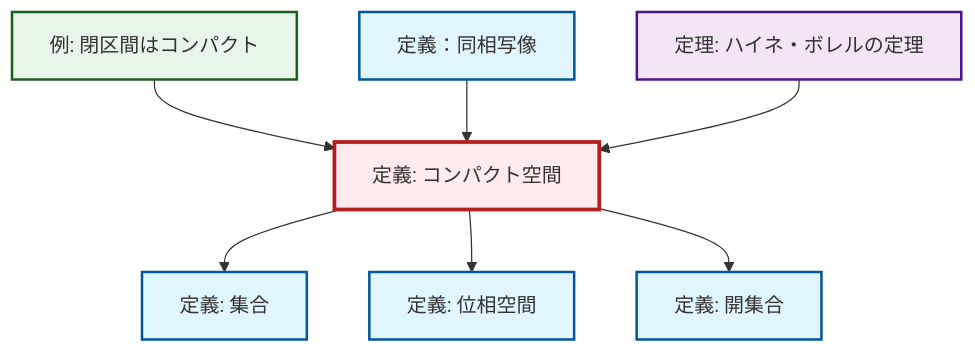
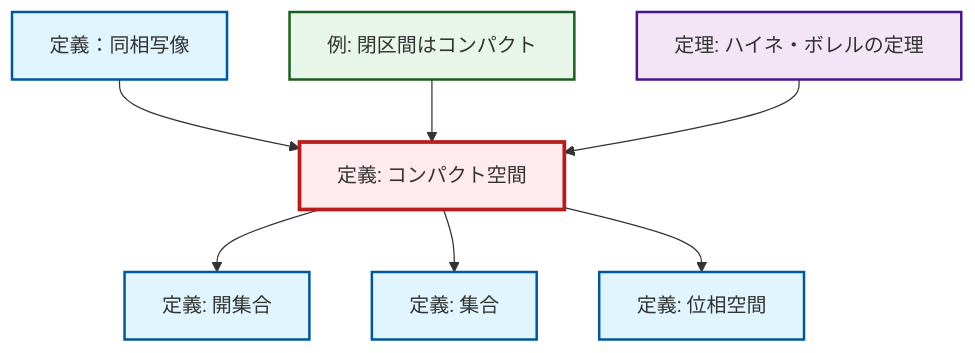
The diagram in content/ja/topology/def-compact.qmd (RK0429/ModernMath), drawn with Mermaid before and after one commit. The commit also changed 672 other files, not shown here.

````diff
--- a/content/ja/topology/def-compact.qmd
+++ b/content/ja/topology/def-compact.qmd
@@ -49,29 +49,29 @@
 ```{mermaid}
-%%| fig-cap: "Local dependency graph"
+%%| fig-cap: "ローカル依存関係グラフ"
 graph TD
     classDef definition fill:#e1f5fe,stroke:#01579b,stroke-width:2px
     classDef theorem fill:#f3e5f5,stroke:#4a148c,stroke-width:2px
     classDef axiom fill:#fff3e0,stroke:#e65100,stroke-width:2px
     classDef example fill:#e8f5e9,stroke:#1b5e20,stroke-width:2px
     classDef current fill:#ffebee,stroke:#b71c1c,stroke-width:3px
+    def-set["定義: 集合"]:::definition
+    def-topological-space["定義: 位相空間"]:::definition
+    def-compact["定義: コンパクト空間"]:::definition
+    def-homeomorphism["定義：同相写像"]:::definition
+    ex-closed-interval-compact["例: 閉区間はコンパクト"]:::example
+    thm-heine-borel["定理: ハイネ・ボレルの定理"]:::theorem
     def-open-set["定義: 開集合"]:::definition
-    def-set["定義: 集合"]:::definition
-    def-homeomorphism["定義：同相写像"]:::definition
-    def-compact["定義: コンパクト空間"]:::definition
-    def-topological-space["定義: 位相空間"]:::definition
-    thm-heine-borel["定理: ハイネ・ボレルの定理"]:::theorem
-    ex-closed-interval-compact["例: 閉区間はコンパクト"]:::example
+    def-compact --> def-open-set
     def-compact --> def-set
+    def-homeomorphism --> def-compact
     ex-closed-interval-compact --> def-compact
-    def-homeomorphism --> def-compact
+    def-compact --> def-topological-space
     thm-heine-borel --> def-compact
-    def-compact --> def-topological-space
-    def-compact --> def-open-set
     class def-compact current
+    click def-set "def-set.html" "集合の定義へ"
+    click def-topological-space "def-topological-space.html" "位相空間の定義へ"
+    click def-homeomorphism "def-homeomorphism.html" "定義：同相写像へ"
+    click ex-closed-interval-compact "ex-closed-interval-compact.html" "閉区間はコンパクトの例へ"
+    click thm-heine-borel "thm-heine-borel.html" "ハイネ・ボレルの定理の定理へ"
     click def-open-set "def-open-set.html" "開集合の定義へ"
-    click def-set "def-set.html" "集合の定義へ"
-    click def-homeomorphism "def-homeomorphism.html" "定義：同相写像へ"
-    click def-topological-space "def-topological-space.html" "位相空間の定義へ"
-    click thm-heine-borel "thm-heine-borel.html" "ハイネ・ボレルの定理の定理へ"
-    click ex-closed-interval-compact "ex-closed-interval-compact.html" "閉区間はコンパクトの例へ"
 ```
````
